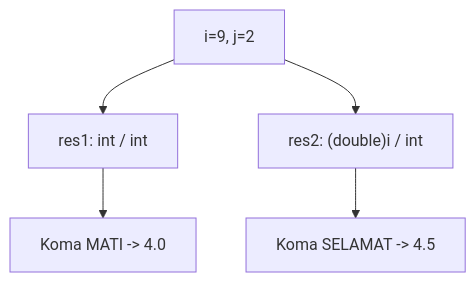
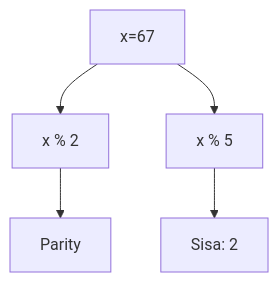
One commit to amnahwaida/OSNK_INF_PREP changed the ninth of 25 diagrams in part-c-pemahaman-cpp/01-tipe-data/latihan/set-07.md. Above: the diagram before and after it, drawn with Mermaid. The commit also changed other lines of this file and 71 other files, not shown here.

````diff
--- a/part-c-pemahaman-cpp/01-tipe-data/latihan/set-07.md
+++ b/part-c-pemahaman-cpp/01-tipe-data/latihan/set-07.md
@@ -237,7 +269,7 @@
 ```mermaid
 graph TD
-    A["i=9, j=2"] --> B["res1: int / int"]
-    B --> C["Koma MATI -> 4.0"]
-    A --> D["res2: (double)i / int"]
-    D --> E["Koma SELAMAT -> 4.5"]
+A[x=67] --> B[x % 2]
+B --> C[Parity]
+A --> D[x % 5]
+D --> E[Sisa: 2]
 ```
````
